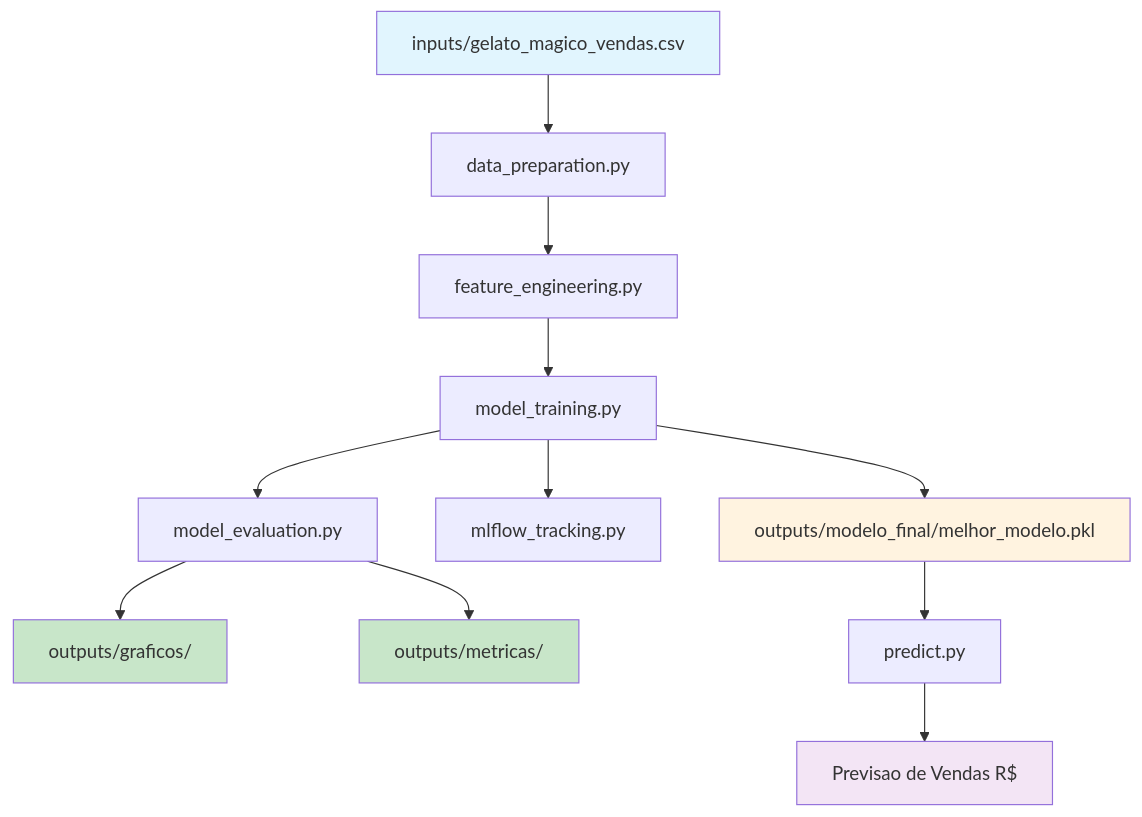
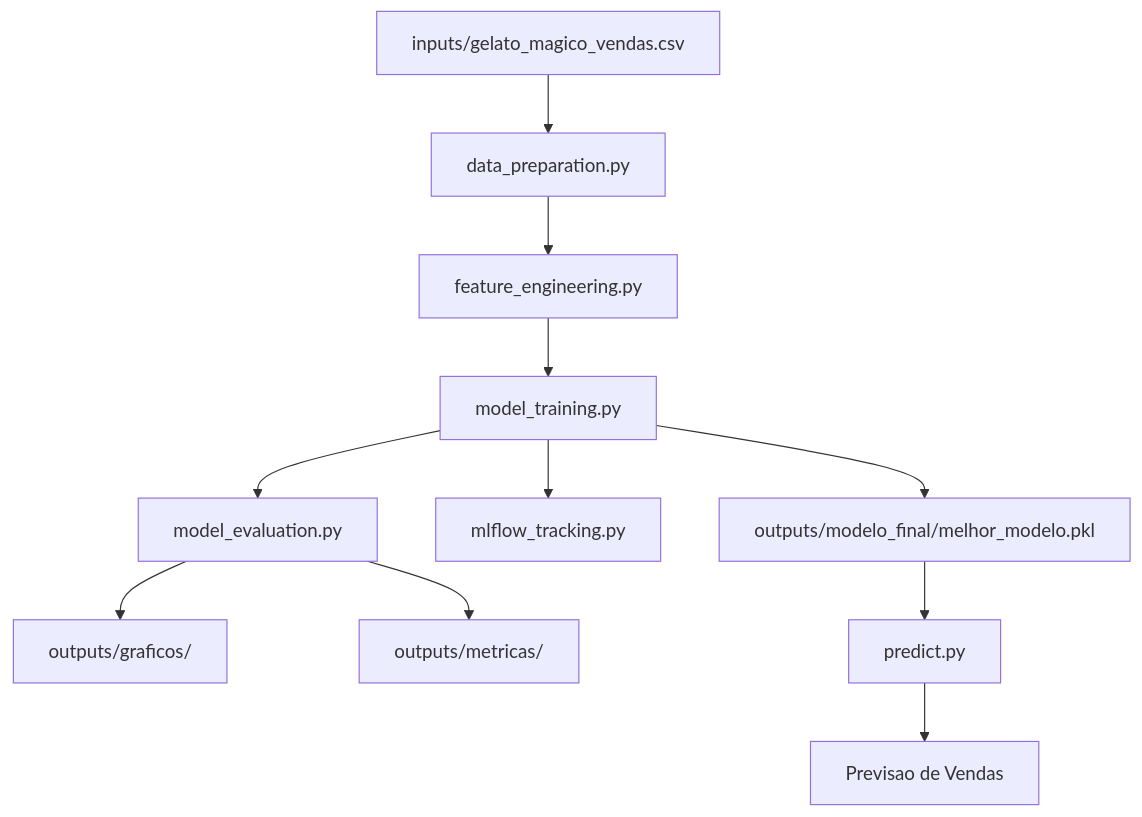
The first of 3 diagrams in README.md (galafis/ml-sales-prediction-azure), drawn with Mermaid before and after one commit. The commit also changed other lines of this file, not shown here.

````diff
--- a/README.md
+++ b/README.md
@@ -71,19 +40,13 @@
 ```mermaid
 flowchart TD
     A[inputs/gelato_magico_vendas.csv] --> B[data_preparation.py]
     B --> C[feature_engineering.py]
     C --> D[model_training.py]
     D --> E[model_evaluation.py]
     D --> F[mlflow_tracking.py]
     E --> G[outputs/graficos/]
     E --> H[outputs/metricas/]
     D --> I[outputs/modelo_final/melhor_modelo.pkl]
     I --> J[predict.py]
-    J --> K[Previsao de Vendas R$]
-
-    style A fill:#e1f5fe
-    style G fill:#c8e6c9
-    style H fill:#c8e6c9
-    style I fill:#fff3e0
-    style K fill:#f3e5f5
+    J --> K[Previsao de Vendas]
 ```
````
